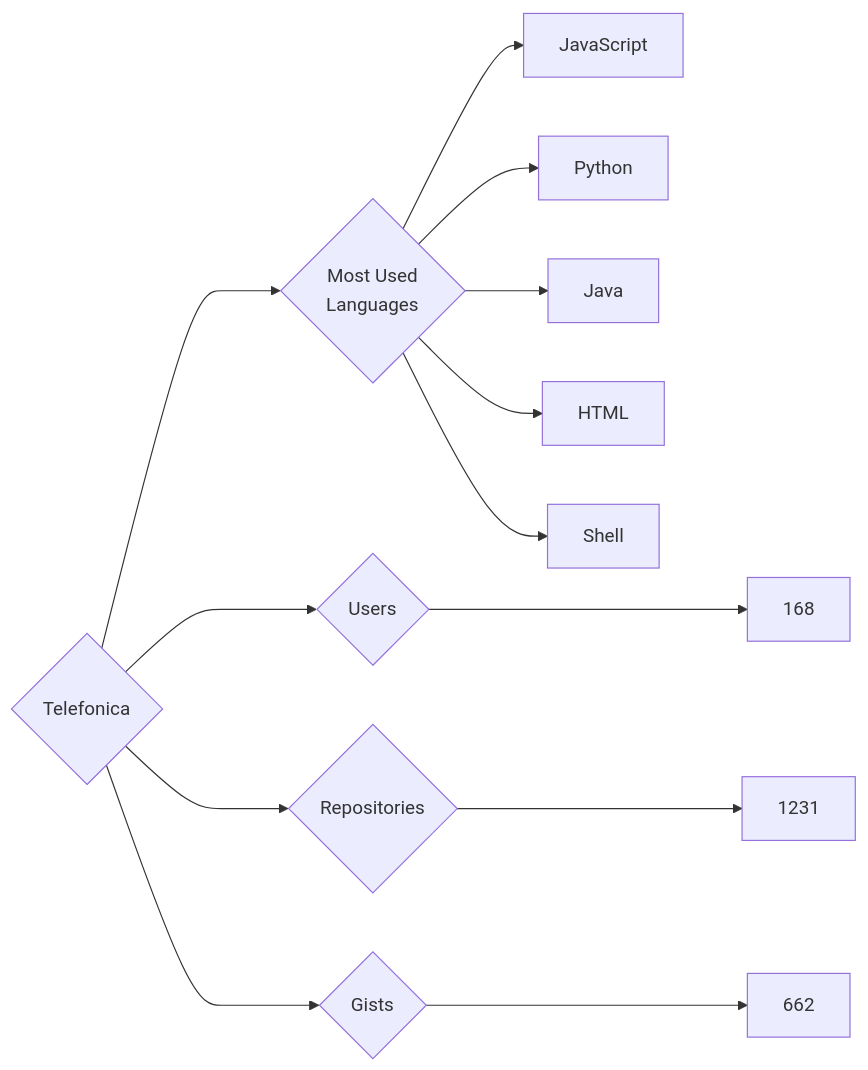
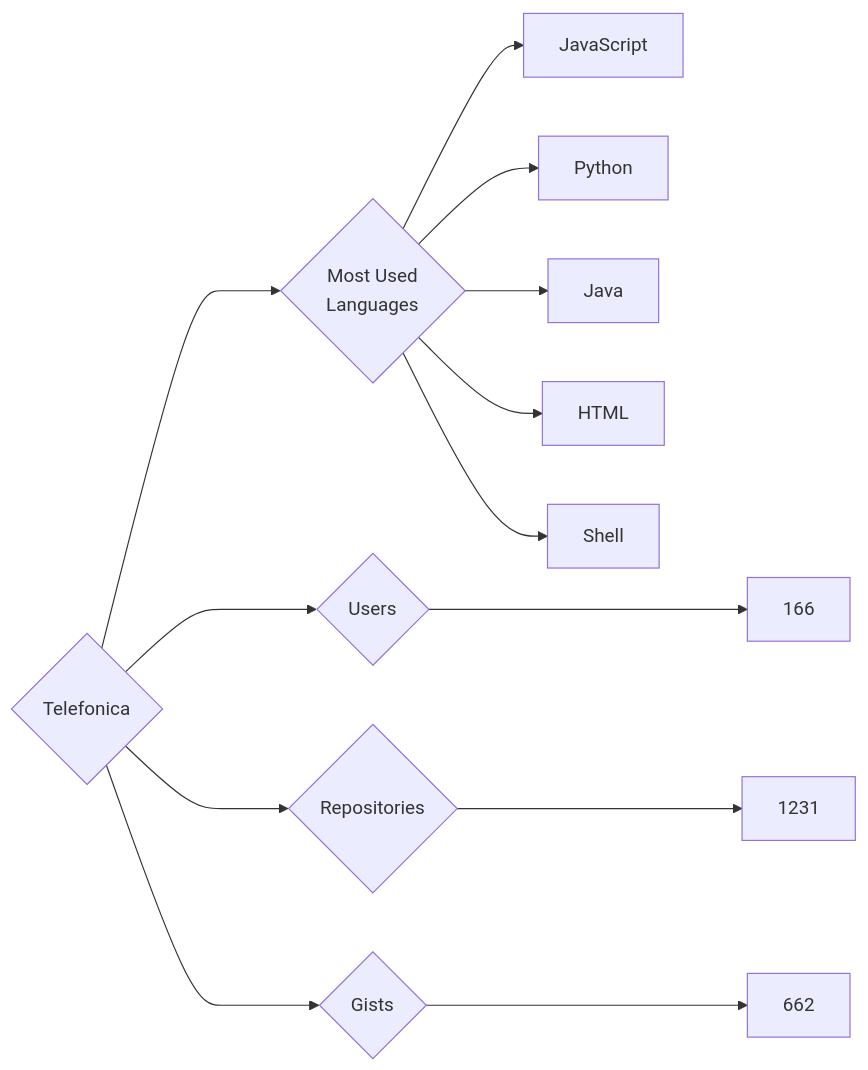
The diagram in targets/Telefonica/README.md (trickest/insiders), drawn with Mermaid before and after one commit. The commit also changed 1484 other files, not shown here.

````diff
--- a/targets/Telefonica/README.md
+++ b/targets/Telefonica/README.md
@@ -3,13 +3,13 @@
 ```mermaid
 graph LR
 COMPANY_NAME{Telefonica}
-COMPANY_NAME ---> U{Users} ---> UN[168]
+COMPANY_NAME ---> U{Users} ---> UN[166]
 COMPANY_NAME ---> R{Repositories} ---> RN[1231]
 COMPANY_NAME ---> G{Gists} ---> GN[662]
 COMPANY_NAME ---> ML{Most Used<br>Languages}
 ML --> JavaScript[JavaScript]
 ML --> Python[Python]
 ML --> Java[Java]
 ML --> HTML[HTML]
 ML --> Shell[Shell]
 ```
````
